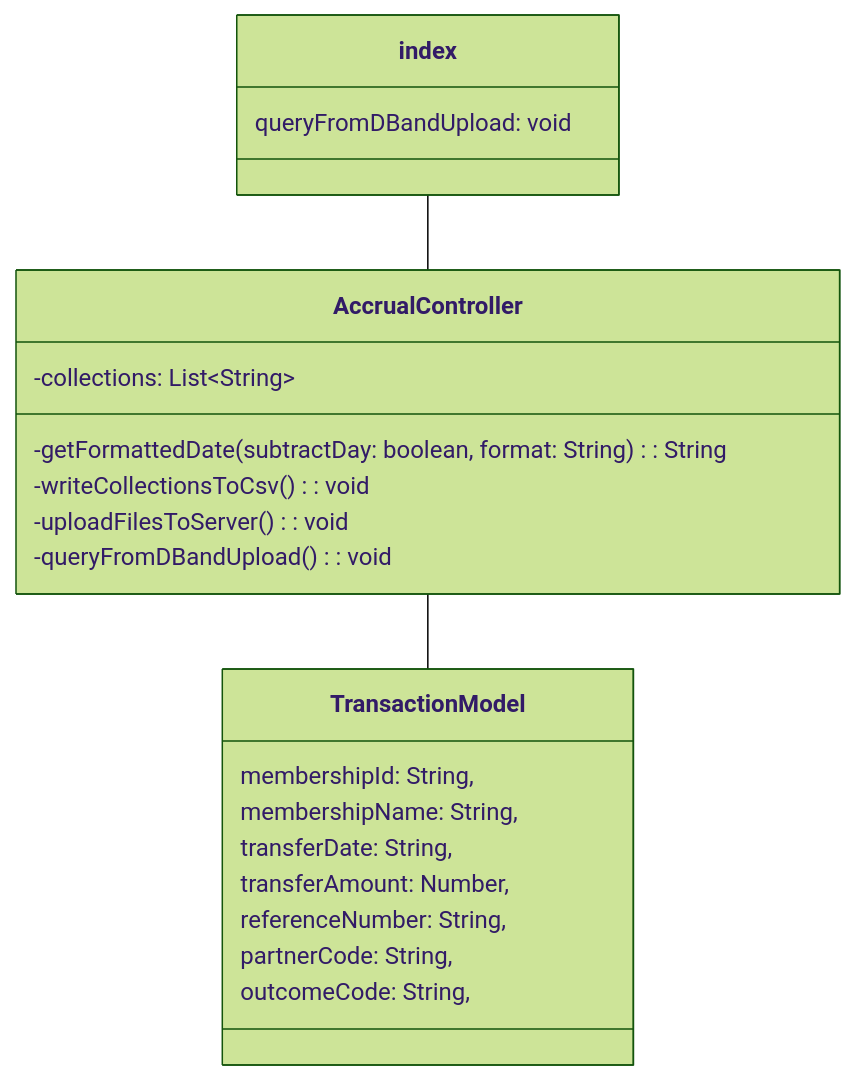
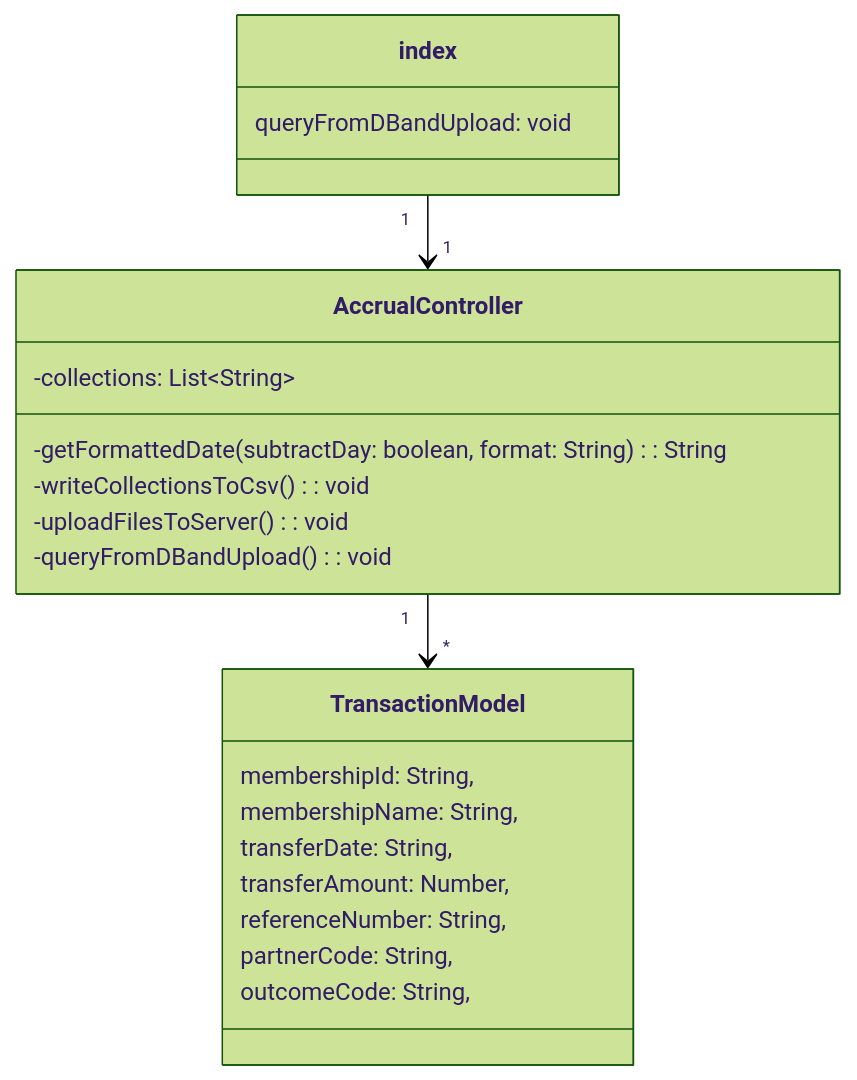
The eighth of 9 diagrams in UML Class Diagrams/mvcClass.md (Sean2309/SoftwareConstructProject), drawn with Mermaid (forest theme) before and after one commit. The commit also changed other lines of this file, not shown here.

Commit message:
fix: updated uml class diagrams for backend API

````diff
--- a/UML Class Diagrams/mvcClass.md
+++ b/UML Class Diagrams/mvcClass.md
@@ -184,27 +184,27 @@
 ```mermaid
 classDiagram
-    index -- AccrualController
-    AccrualController -- TransactionModel
+    index "1"--> "1" AccrualController
+    AccrualController "1" --> "*" TransactionModel
 
     class index{
         queryFromDBandUpload: void
     }
 
     class AccrualController{
         -collections: List<<list>String>
         -getFormattedDate(subtractDay: boolean, format: String): String
         -writeCollectionsToCsv(): void
         -uploadFilesToServer(): void
         -queryFromDBandUpload(): void
     }
 
     class TransactionModel{
         membershipId: String,
         membershipName: String,
         transferDate: String,
         transferAmount: Number,
         referenceNumber: String,
         partnerCode: String,
         outcomeCode: String,
     }
 ```
````
